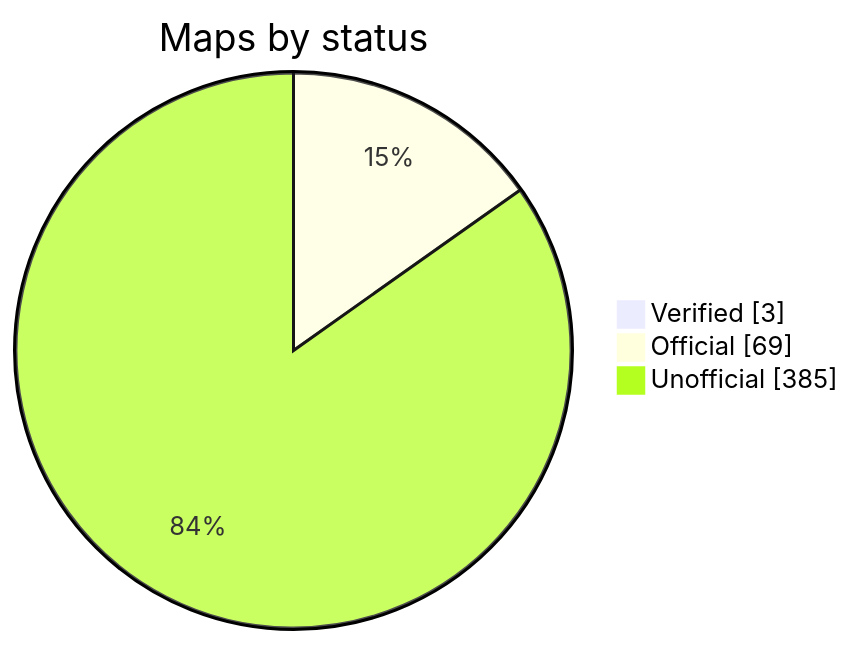
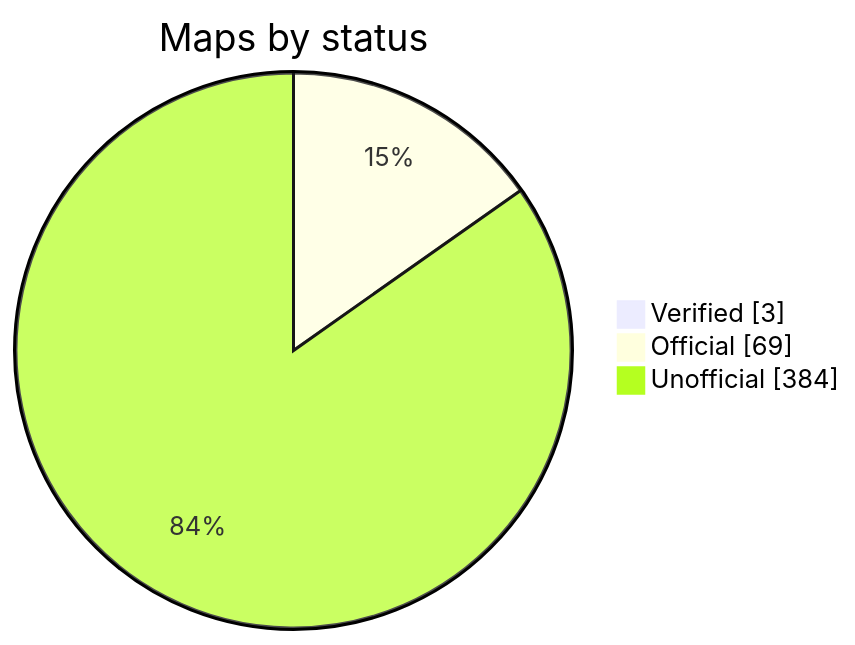
Before and after one commit to nobrega8/mbmap-library: the diagram in README.md, drawn with Mermaid. The commit also changed 3 other files, not shown here.

````diff
--- a/README.md
+++ b/README.md
@@ -48,7 +48,7 @@
 ```mermaid
 pie showData
     title Maps by status
     "Verified" : 3
     "Official" : 69
-    "Unofficial" : 385
+    "Unofficial" : 384
 ```
````
